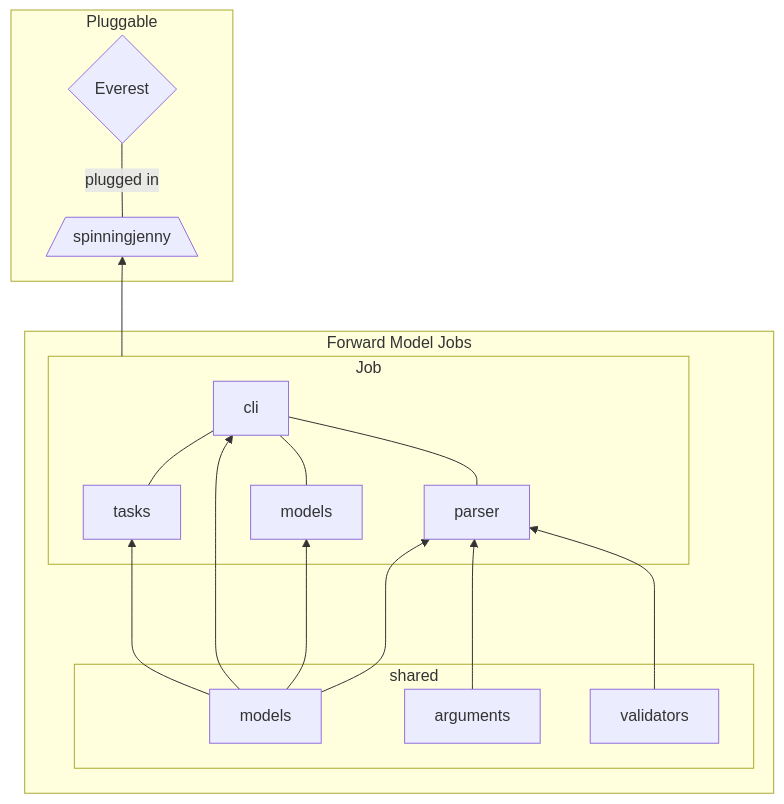
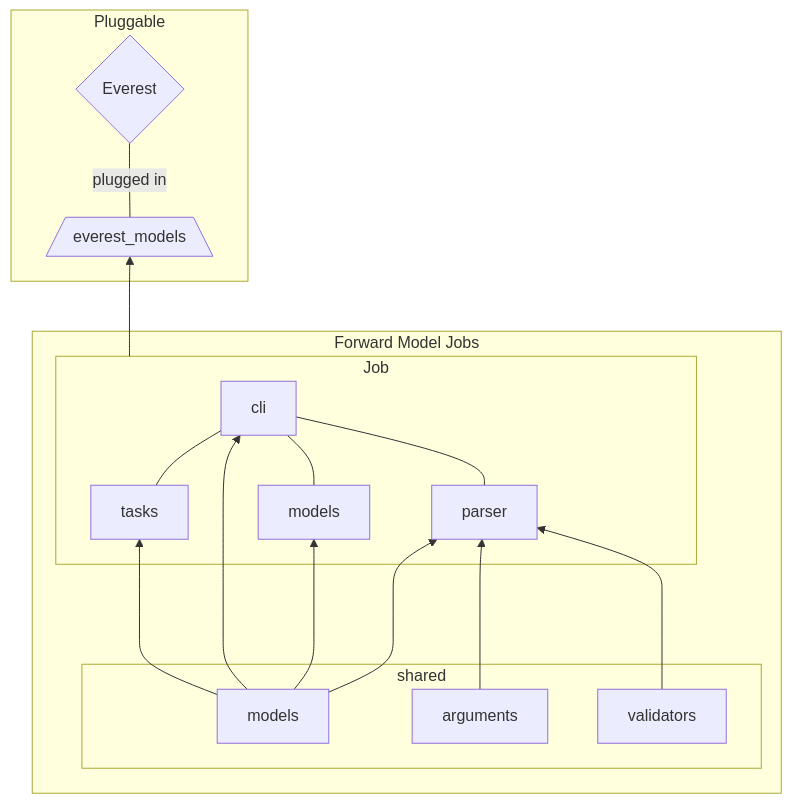
One commit to equinor/everest-models changed the diagram in docs/explanation.md. Above: the diagram before and after it, drawn with Mermaid. The commit also changed other lines of this file and 284 other files, not shown here.

Commit message:
Rename spinningjenny to everest_models

````diff
--- a/docs/explanation.md
+++ b/docs/explanation.md
@@ -130,25 +130,25 @@
 ```mermaid
 flowchart BT
     subgraph Forward Model Jobs
         subgraph Job
             tasks --- cli
             parser --- cli
             job_models[models] --- cli
         end
         subgraph shared
             share_models[models]
             arguments
             validators
         end
         arguments ---> parser
         validators ---> parser
         share_models ---> parser
         share_models ---> job_models
         share_models ---> cli
         share_models ---> tasks
     end
     subgraph Pluggable
-    spinningjenny[/spinningjenny\] ---|plugged in| everest{Everest}
+    everest_models[/everest_models\] ---|plugged in| everest{Everest}
     end
-    Job ---> spinningjenny
+    Job ---> everest_models
 ```
````
